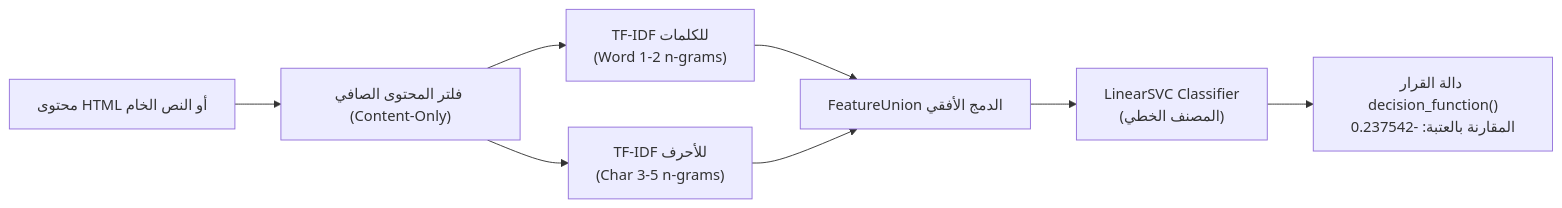
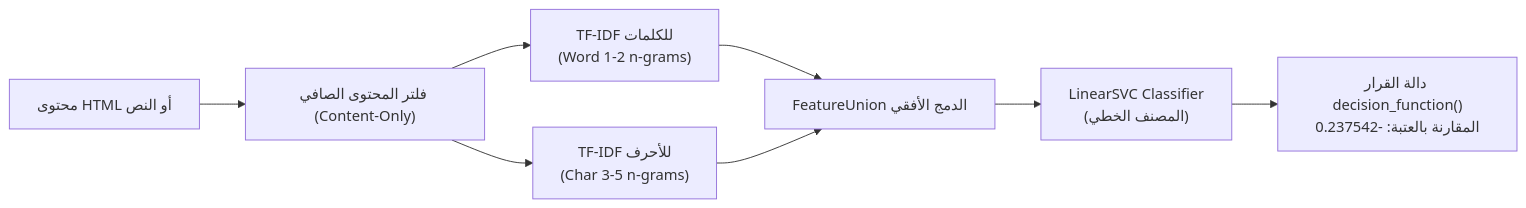
Before and after one commit to Mazenalodini/SecureAct-AI-Platform: the second of 2 diagrams in METHODOLOGY.md, drawn with Mermaid. The commit also changed other lines of this file and 4 other files, not shown here.

````diff
--- a/METHODOLOGY.md
+++ b/METHODOLOGY.md
@@ -12,10 +69,10 @@
 ```mermaid
 flowchart LR
-    RawHTML["محتوى HTML أو النص الخام"] --> Cleaner["فلتر المحتوى الصافي (Content-Only)"]
+    RawHTML["محتوى HTML أو النص"] --> Cleaner["فلتر المحتوى الصافي (Content-Only)"]
     Cleaner --> W_TFIDF["TF-IDF للكلمات\n(Word 1-2 n-grams)"]
     Cleaner --> C_TFIDF["TF-IDF للأحرف\n(Char 3-5 n-grams)"]
     W_TFIDF --> Union["FeatureUnion الدمج الأفقي"]
     C_TFIDF --> Union
     Union --> Classifier["LinearSVC Classifier\n(المصنف الخطي)"]
     Classifier --> Decision["دالة القرار decision_function()\nالمقارنة بالعتبة: -0.237542"]
 ```
````
